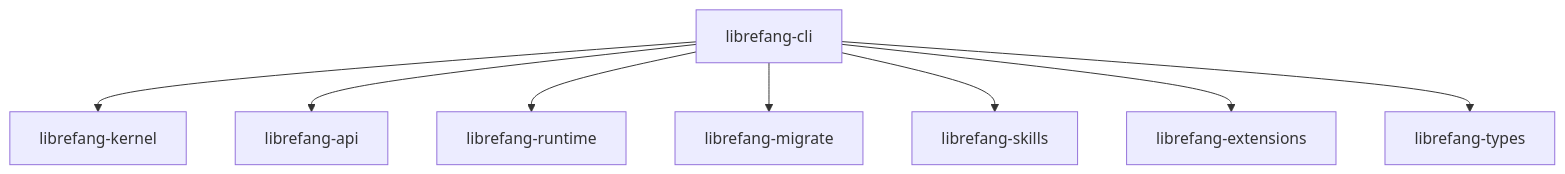
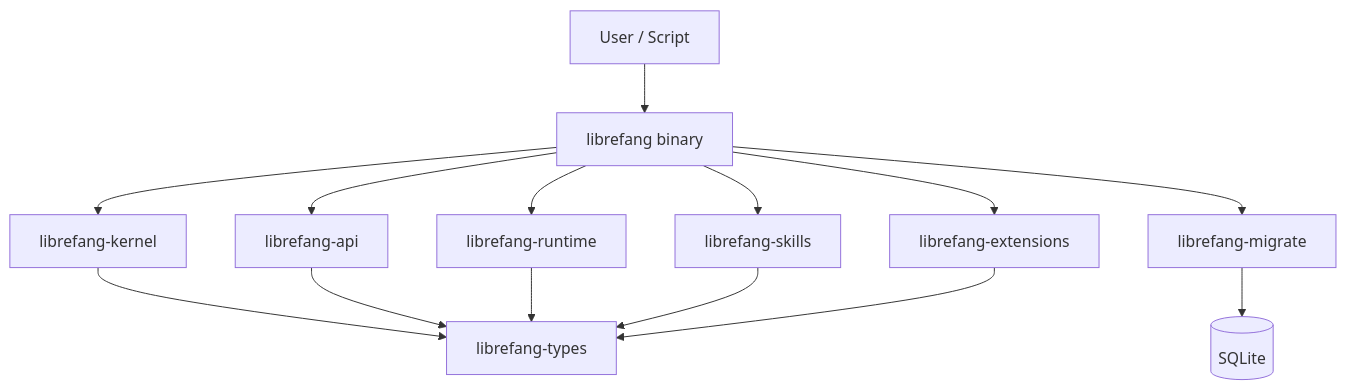
One commit to leszek3737/librefang-WIki changed the diagram in other-librefang-cli.md. Above: the diagram before and after it, drawn with Mermaid. The commit also changed other lines of this file and 118 other files, not shown here.

````diff
--- a/other-librefang-cli.md
+++ b/other-librefang-cli.md
@@ -11,10 +94,16 @@
 ```mermaid
 graph TD
-    CLI[librefang-cli] --> Kernel[librefang-kernel]
+    User[User / Script] --> CLI[librefang binary]
+    CLI --> Kernel[librefang-kernel]
     CLI --> API[librefang-api]
     CLI --> Runtime[librefang-runtime]
     CLI --> Migrate[librefang-migrate]
+    Kernel --> Types[librefang-types]
+    API --> Types
+    Runtime --> Types
     CLI --> Skills[librefang-skills]
     CLI --> Extensions[librefang-extensions]
-    CLI --> Types[librefang-types]
+    Skills --> Types
+    Extensions --> Types
+    Migrate --> DB[(SQLite)]
 ```
````
